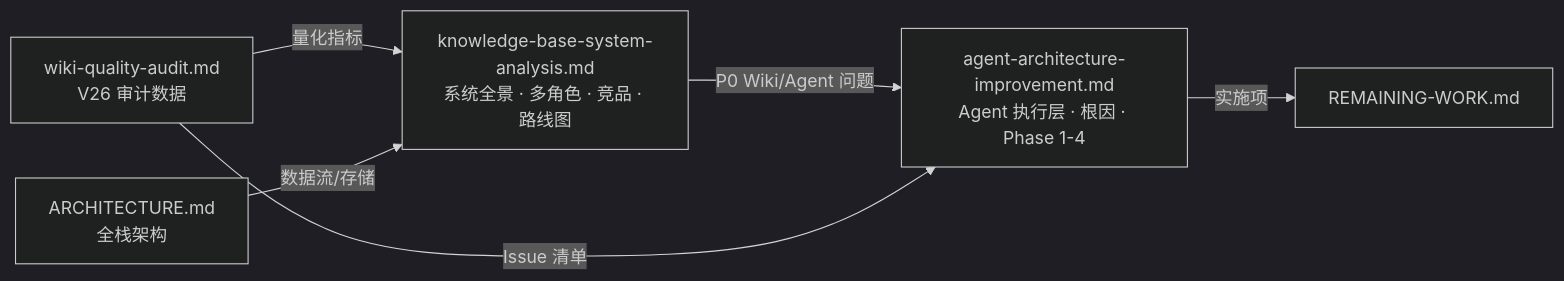
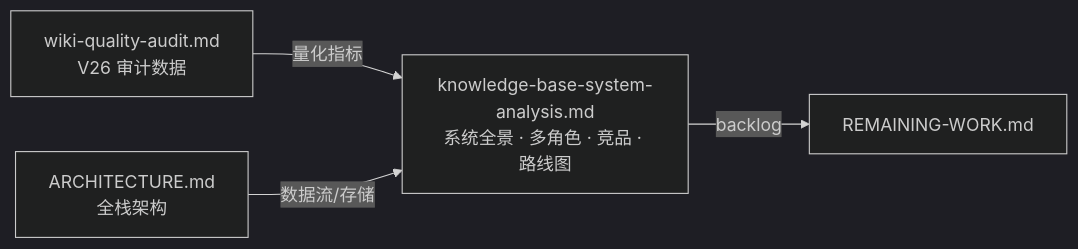
The third of 3 diagrams in docs/knowledge-base-system-analysis.md (EarthChen/knowledge-base-service), drawn with Mermaid (dark theme) before and after one commit. The commit also changed other lines of this file and 34 other files, not shown here.

````diff
--- a/docs/knowledge-base-system-analysis.md
+++ b/docs/knowledge-base-system-analysis.md
@@ -489,13 +534,10 @@
 ```mermaid
 flowchart LR
   SYS[knowledge-base-system-analysis.md<br/>系统全景 · 多角色 · 竞品 · 路线图]
-  AGENT[agent-architecture-improvement.md<br/>Agent 执行层 · 根因 · Phase 1-4]
   AUDIT[wiki-quality-audit.md<br/>V26 审计数据]
   ARCH[ARCHITECTURE.md<br/>全栈架构]
 
-  SYS -->|P0 Wiki/Agent 问题| AGENT
   AUDIT -->|量化指标| SYS
-  AUDIT -->|Issue 清单| AGENT
   ARCH -->|数据流/存储| SYS
-  AGENT -->|实施项| RW[REMAINING-WORK.md]
+  SYS -->|backlog| RW[REMAINING-WORK.md]
 ```
````
